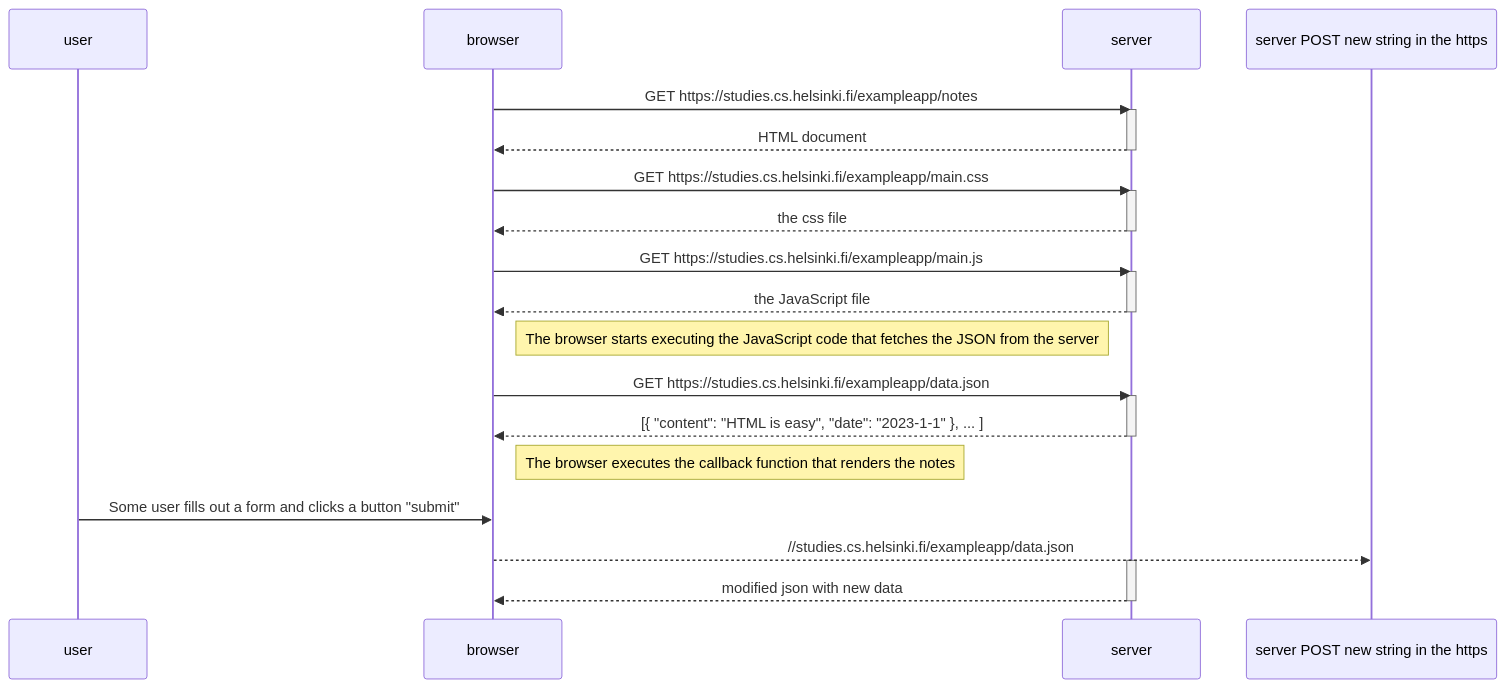
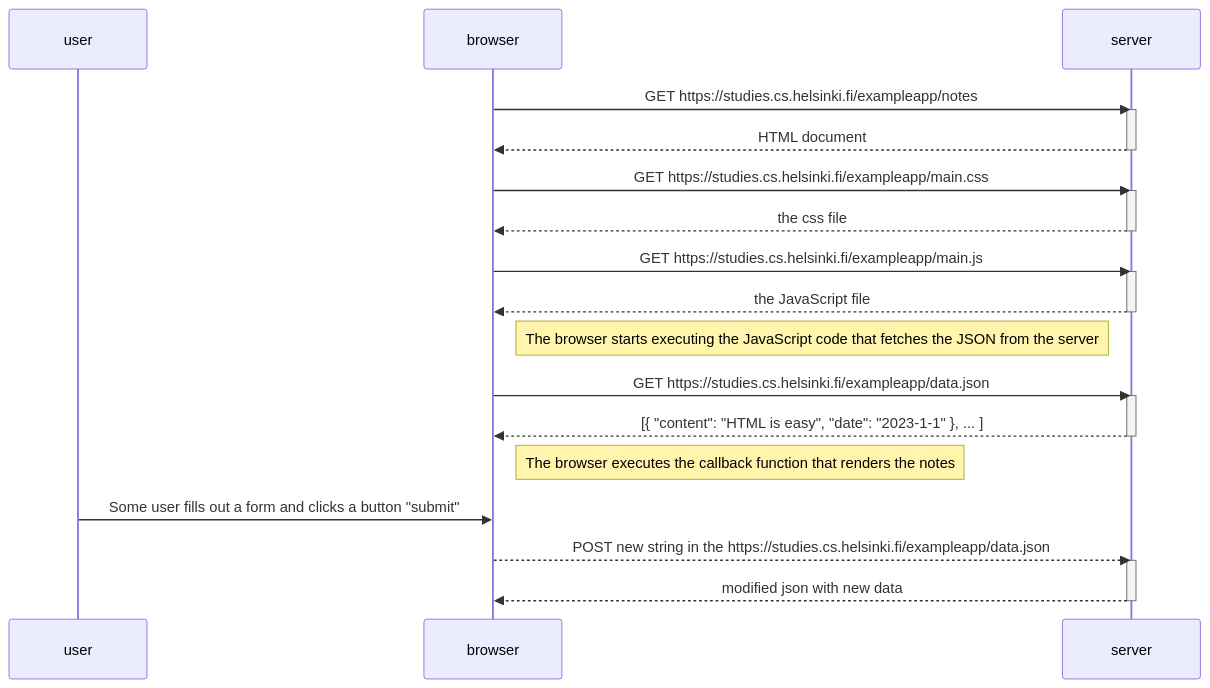
One commit to danilovmaster/fullstackopen changed the diagram in part0/4.md. Above: the diagram before and after it, drawn with Mermaid.

````diff
--- a/part0/4.md
+++ b/part0/4.md
@@ -1,36 +1,36 @@
 ```mermaid
 sequenceDiagram
     participant user
     participant browser
     participant server
 
     browser->>server: GET https://studies.cs.helsinki.fi/exampleapp/notes
     activate server
     server-->>browser: HTML document
     deactivate server
 
     browser->>server: GET https://studies.cs.helsinki.fi/exampleapp/main.css
     activate server
     server-->>browser: the css file
     deactivate server
 
     browser->>server: GET https://studies.cs.helsinki.fi/exampleapp/main.js
     activate server
     server-->>browser: the JavaScript file
     deactivate server
 
     Note right of browser: The browser starts executing the JavaScript code that fetches the JSON from the server
 
     browser->>server: GET https://studies.cs.helsinki.fi/exampleapp/data.json
     activate server
     server-->>browser: [{ "content": "HTML is easy", "date": "2023-1-1" }, ... ]
     deactivate server
 
     Note right of browser: The browser executes the callback function that renders the notes
     
     user->>browser: Some user fills out a form and clicks a button "submit"
-    browser-->>server POST new string in the https://studies.cs.helsinki.fi/exampleapp/data.json
+    browser-->>server: POST new string in the https://studies.cs.helsinki.fi/exampleapp/data.json
     activate server
     server-->>browser: modified json with new data
     deactivate server
 ```
````
